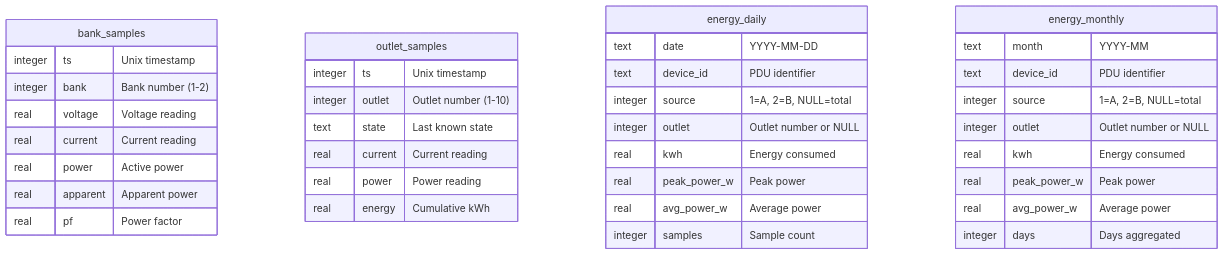
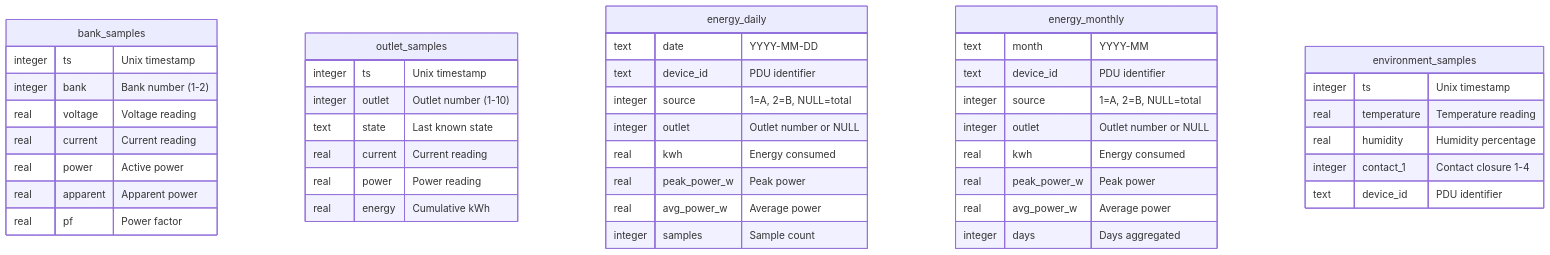
Before and after one commit to mvalancy/CyberPower-PDU: the fourth of 4 diagrams in docs/architecture.md, drawn with Mermaid. The commit also changed other lines of this file and 5 other files, not shown here.

````diff
--- a/docs/architecture.md
+++ b/docs/architecture.md
@@ -310,43 +311,51 @@
 ```mermaid
 erDiagram
     bank_samples {
         integer ts "Unix timestamp"
         integer bank "Bank number (1-2)"
         real voltage "Voltage reading"
         real current "Current reading"
         real power "Active power"
         real apparent "Apparent power"
         real pf "Power factor"
     }
 
     outlet_samples {
         integer ts "Unix timestamp"
         integer outlet "Outlet number (1-10)"
         text state "Last known state"
         real current "Current reading"
         real power "Power reading"
         real energy "Cumulative kWh"
     }
 
     energy_daily {
         text date "YYYY-MM-DD"
         text device_id "PDU identifier"
         integer source "1=A, 2=B, NULL=total"
         integer outlet "Outlet number or NULL"
         real kwh "Energy consumed"
         real peak_power_w "Peak power"
         real avg_power_w "Average power"
         integer samples "Sample count"
     }
 
     energy_monthly {
         text month "YYYY-MM"
         text device_id "PDU identifier"
         integer source "1=A, 2=B, NULL=total"
         integer outlet "Outlet number or NULL"
         real kwh "Energy consumed"
         real peak_power_w "Peak power"
         real avg_power_w "Average power"
         integer days "Days aggregated"
     }
+
+    environment_samples {
+        integer ts "Unix timestamp"
+        real temperature "Temperature reading"
+        real humidity "Humidity percentage"
+        integer contact_1 "Contact closure 1-4"
+        text device_id "PDU identifier"
+    }
 ```
````
